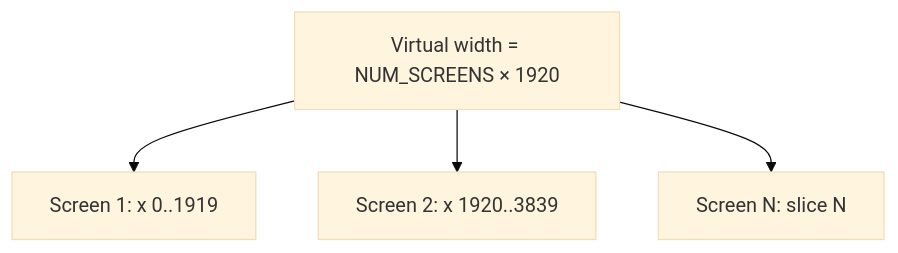
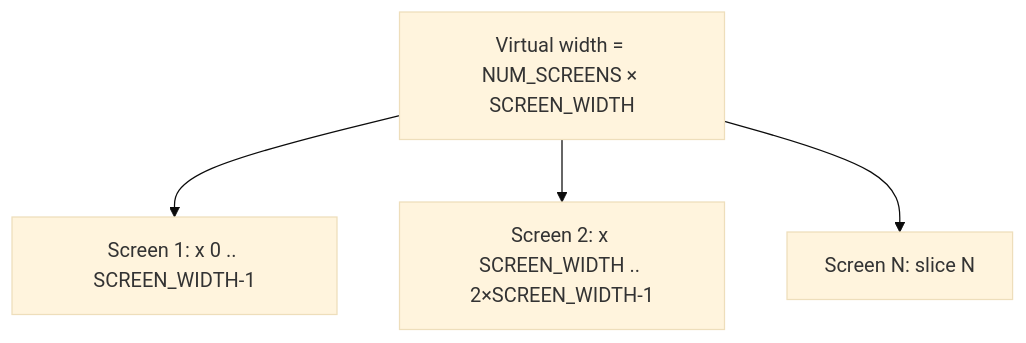
Before and after one commit to AnirudhPratapSinghYadav/LG-Arkanoid: the third of 3 diagrams in README.md, drawn with Mermaid (base theme). The commit also changed other lines of this file and 87 other files, not shown here.

````diff
--- a/README.md
+++ b/README.md
@@ -100,7 +100,7 @@
 ```mermaid
 flowchart TB
-  W["Virtual width = NUM_SCREENS × 1920"]
-  W --> S1["Screen 1: x 0..1919"]
-  W --> S2["Screen 2: x 1920..3839"]
+  W["Virtual width = NUM_SCREENS × SCREEN_WIDTH"]
+  W --> S1["Screen 1: x 0 .. SCREEN_WIDTH-1"]
+  W --> S2["Screen 2: x SCREEN_WIDTH .. 2×SCREEN_WIDTH-1"]
   W --> SN["Screen N: slice N"]
 ```
````
